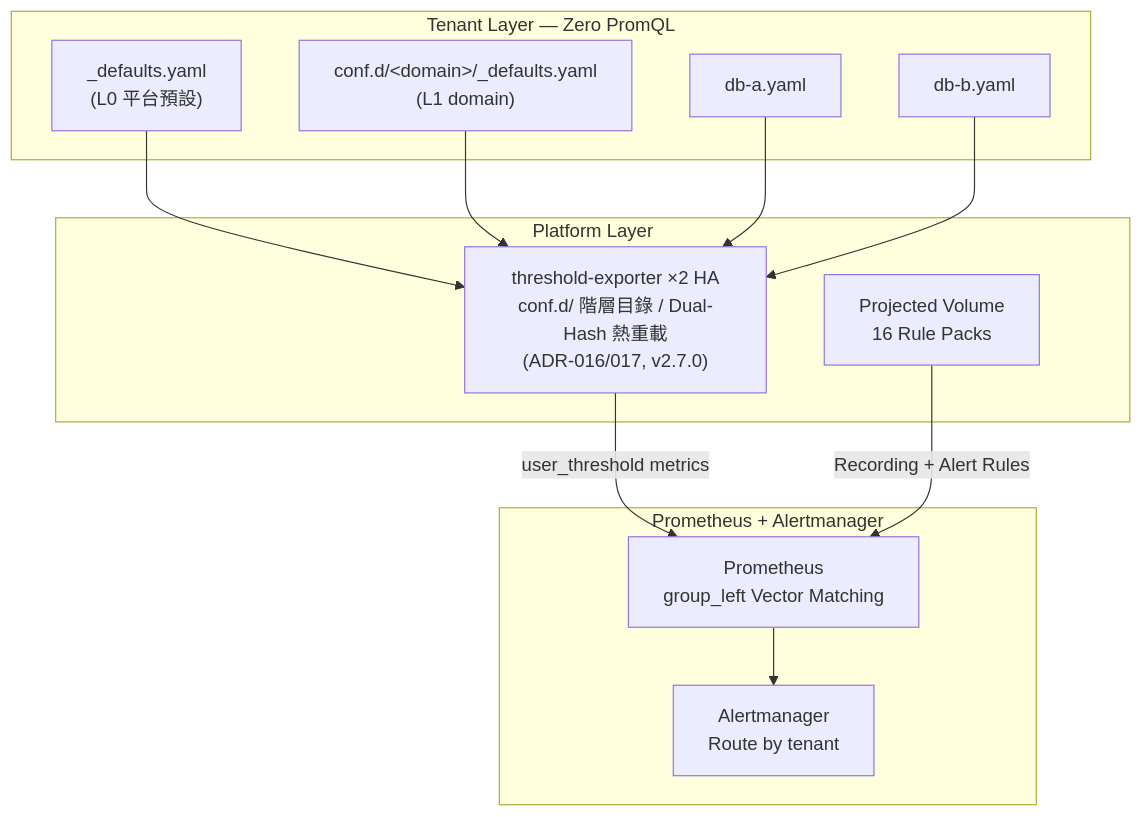
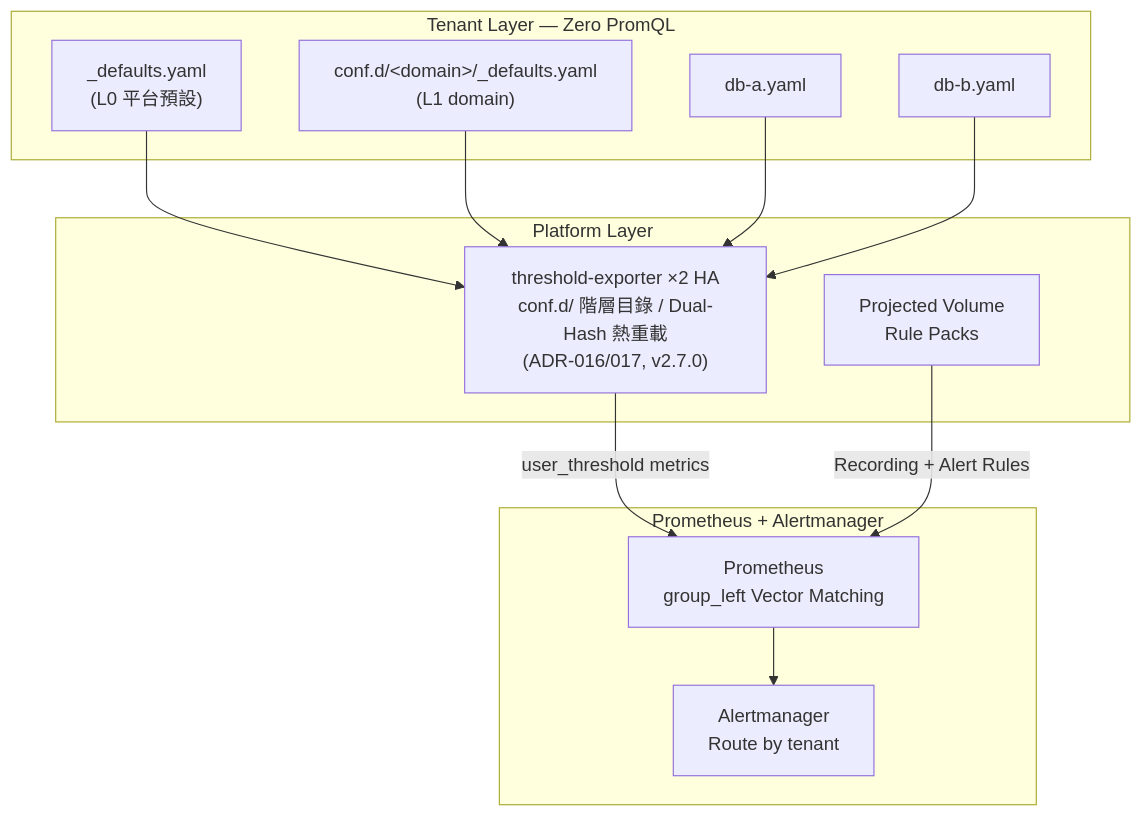
One commit to vencil/Dynamic-Alerting-Integrations changed the diagram in README.md. Above: the diagram before and after it, drawn with Mermaid. The commit also changed other lines of this file and 35 other files, not shown here.

````diff
--- a/README.md
+++ b/README.md
@@ -49,27 +49,27 @@
 ```mermaid
 graph TD
     subgraph TL["Tenant Layer — Zero PromQL"]
         D["_defaults.yaml<br/>(L0 平台預設)"]
         DOM["conf.d/&lt;domain&gt;/_defaults.yaml<br/>(L1 domain)"]
         T1["db-a.yaml"]
         T2["db-b.yaml"]
     end
 
     subgraph PL["Platform Layer"]
         TE["threshold-exporter ×2 HA<br/>conf.d/ 階層目錄 / Dual-Hash 熱重載<br/>(ADR-016/017, v2.7.0)"]
-        RP["Projected Volume<br/>16 Rule Packs"]
+        RP["Projected Volume<br/>Rule Packs"]
     end
 
     subgraph PE["Prometheus + Alertmanager"]
         PROM["Prometheus<br/>group_left Vector Matching"]
         AM["Alertmanager<br/>Route by tenant"]
     end
 
     D --> TE
     DOM --> TE
     T1 --> TE
     T2 --> TE
     TE -->|user_threshold metrics| PROM
     RP -->|Recording + Alert Rules| PROM
     PROM --> AM
 ```
````
